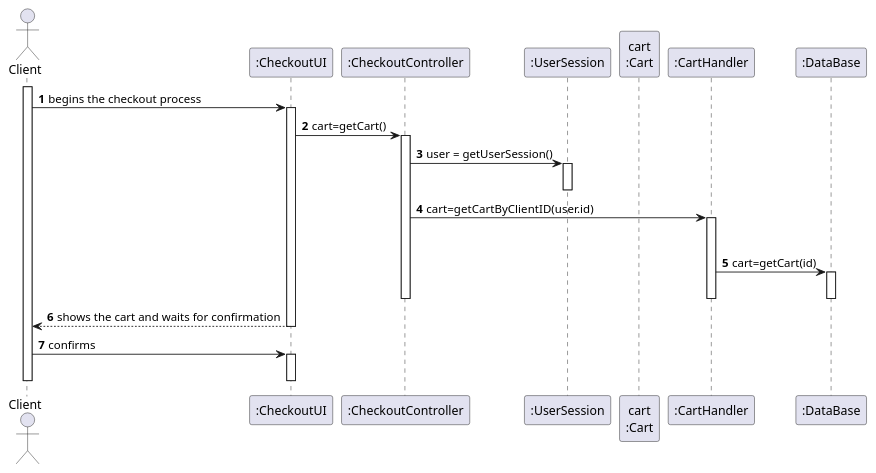
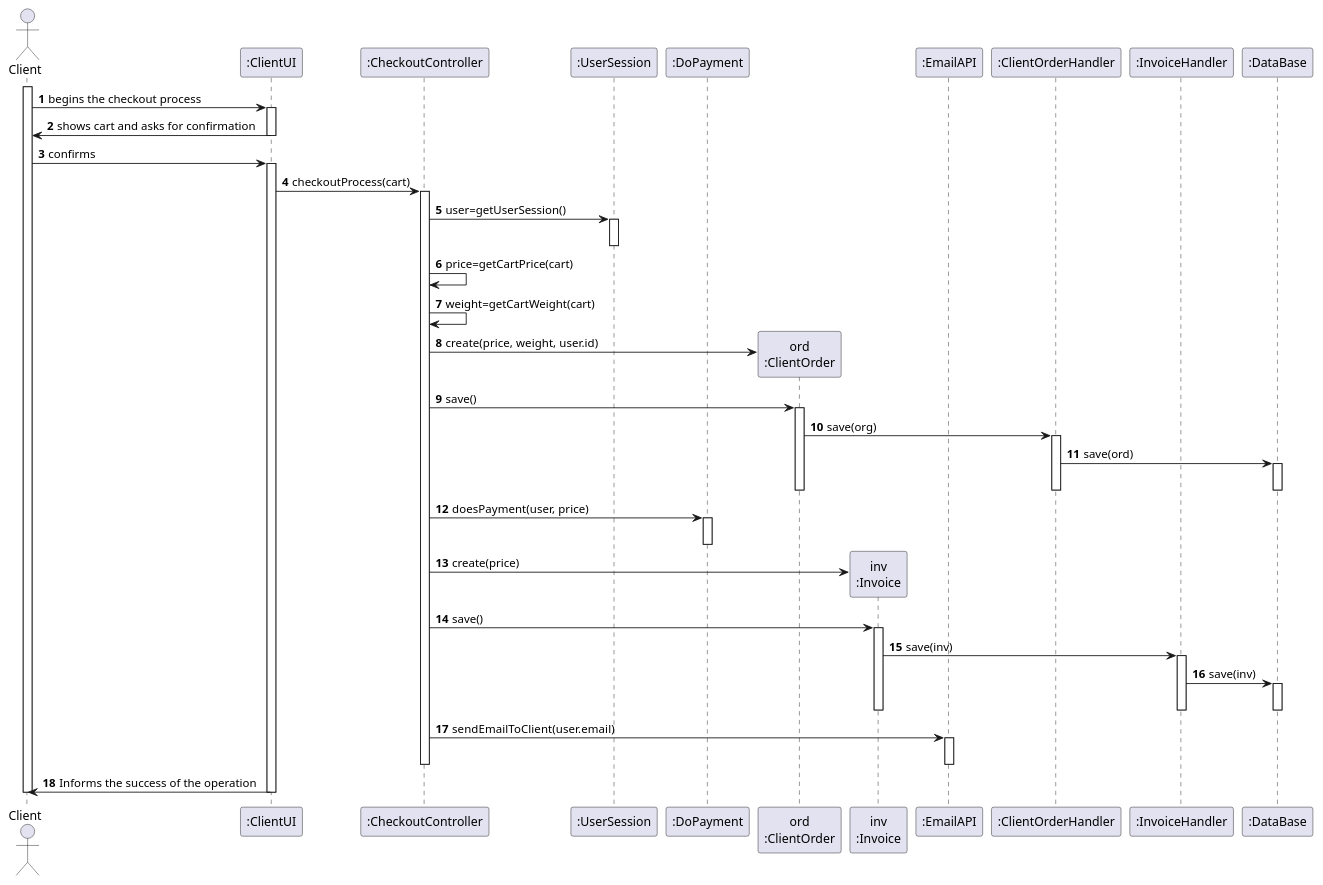
The diagram in Documents/UC14/SD.puml (1190452/LAPR3), drawn with PlantUML before and after one commit. The commit also changed 14 other files, not shown here.

```diff
--- a/Documents/UC14/SD.puml
+++ b/Documents/UC14/SD.puml
@@ -1,52 +1,87 @@
 @startuml
 autonumber
 'hide footbox
 actor "Client" as COL
 
 
-participant ":CheckoutUI" as UI
+participant ":ClientUI" as UI
 participant ":CheckoutController" as CTRL
-participant ":UserSession" as SESS
-participant "cart\n:Cart" as CT
-participant ":CartHandler" as CART
+participant ":UserSession" as US
+participant ":DoPayment" as PAY
+participant "ord\n:ClientOrder" as ORDER
+participant "inv\n:Invoice" as INV
+participant ":EmailAPI" as API
+participant ":ClientOrderHandler" as OH
+participant ":InvoiceHandler" as IH
 participant ":DataBase" as DB
 
 activate COL
 
 COL -> UI : begins the checkout process
 activate UI
 
-UI -> CTRL : cart=getCart()
-activate CTRL
+UI -> COL : shows cart and asks for confirmation
+
+deactivate UI
+
+COL -> UI : confirms
+activate UI
 
 
+UI -> CTRL : checkoutProcess(cart)
+activate CTRL
+CTRL -> US : user=getUserSession()
+activate US
+deactivate US
 
-CTRL -> SESS : user = getUserSession()
-activate SESS
-deactivate SESS
+CTRL -> CTRL : price=getCartPrice(cart)
 
-CTRL -> CART : cart=getCartByClientID(user.id)
-activate CART
+CTRL -> CTRL : weight=getCartWeight(cart)
 
-deactivate CT
+CTRL -> ORDER** : create(price, weight, user.id)
 
-CART -> DB : cart=getCart(id)
+CTRL -> ORDER : save()
+activate ORDER
+
+
+ORDER -> OH : save(org)
+activate OH
+OH -> DB : save(ord)
 activate DB
 deactivate DB
-deactivate CART
-deactivate CTRL
-UI --> COL: shows the cart and waits for confirmation
-deactivate UI
-COL -> UI : confirms
-activate UI
-deactivate UI
+deactivate OH
+
+deactivate ORDER
+
+CTRL -> PAY : doesPayment(user, price)
+activate PAY
+deactivate PAY
+
+CTRL -> INV** :create(price)
+
+CTRL -> INV:save()
+activate INV
+INV -> IH:save(inv)
+activate IH
+IH -> DB:save(inv)
+activate DB
+deactivate DB
+deactivate IH
+deactivate INV
 
 
+CTRL -> API : sendEmailToClient(user.email)
+activate API
+deactivate API
+deactivate CTRL
+
+UI -> COL : Informs the success of the operation
+deactivate UI
 
 deactivate COL
 
 
 
 
 
 @enduml
```
